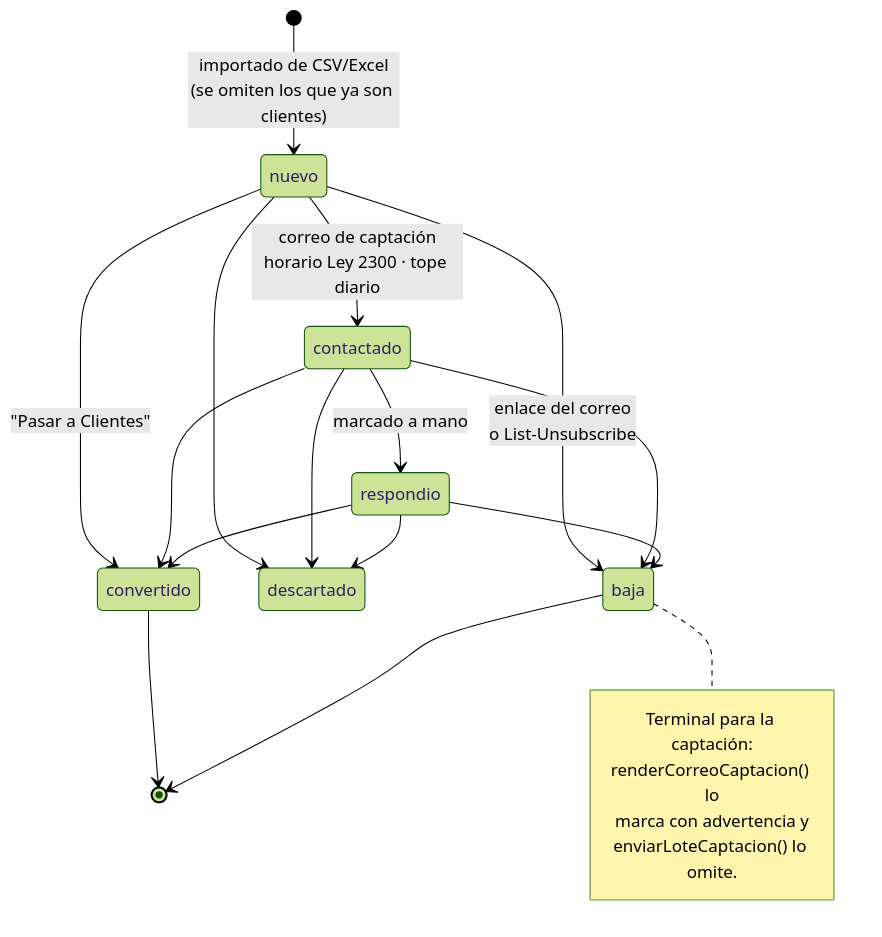
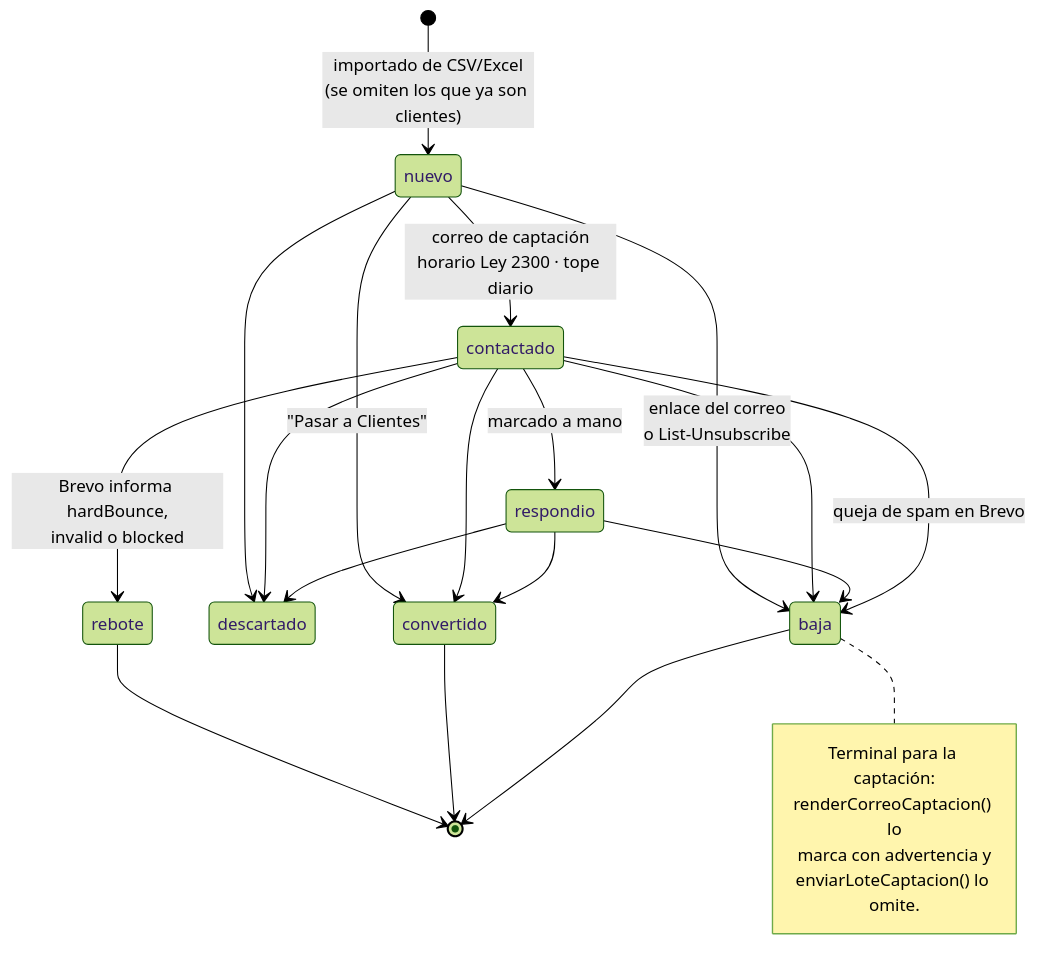
Before and after one commit to alexizher/portal-declaracion-renta: diagram 16 of 17 in docs/ARQUITECTURA.md, drawn with Mermaid (forest theme). The commit also changed other lines of this file and 16 other files, not shown here.

````diff
--- a/docs/ARQUITECTURA.md
+++ b/docs/ARQUITECTURA.md
@@ -915,24 +917,27 @@
 ```mermaid
 stateDiagram-v2
     [*] --> nuevo : importado de CSV/Excel<br/>(se omiten los que ya son clientes)
     nuevo --> contactado : correo de captación<br/>horario Ley 2300 · tope diario
     contactado --> respondio : marcado a mano
     nuevo --> convertido : "Pasar a Clientes"
     contactado --> convertido
     respondio --> convertido
     nuevo --> descartado
     contactado --> descartado
     respondio --> descartado
     nuevo --> baja : enlace del correo<br/>o List-Unsubscribe
     contactado --> baja
     respondio --> baja
+    contactado --> rebote : Brevo informa hardBounce,<br/>invalid o blocked
+    contactado --> baja : queja de spam en Brevo
+    rebote --> [*]
     convertido --> [*]
     baja --> [*]
 
     note right of baja
         Terminal para la captación:
         renderCorreoCaptacion() lo
         marca con advertencia y
         enviarLoteCaptacion() lo omite.
     end note
 ```
````
